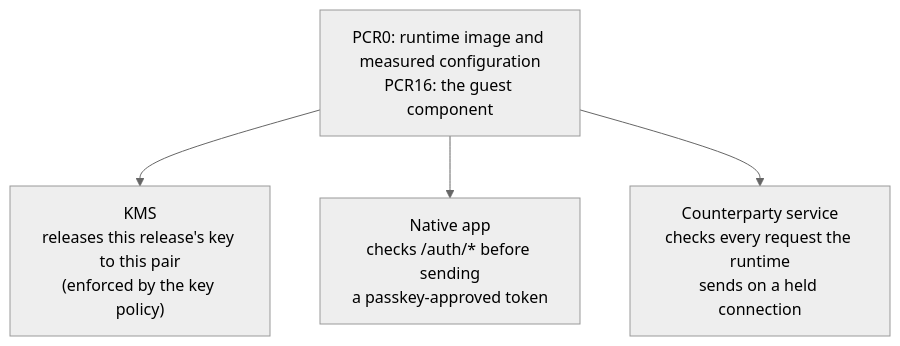
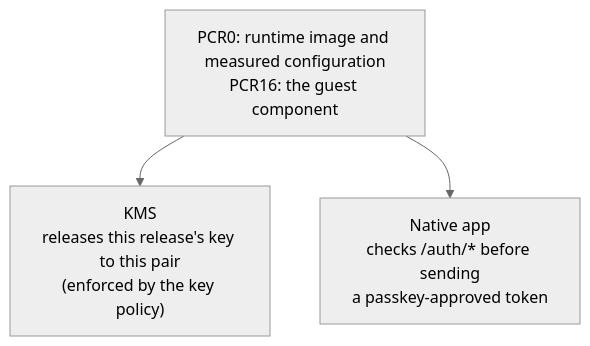
The first of 3 diagrams in README.md (vtxos/runtime), drawn with Mermaid (neutral theme) before and after one commit. The commit also changed other lines of this file and 257 other files, not shown here.

````diff
--- a/README.md
+++ b/README.md
@@ -86,7 +87,6 @@
 ```mermaid
 flowchart TB
     M["PCR0: runtime image and measured configuration<br/>PCR16: the guest component"]
     M --> K["KMS<br/>releases this release's key to this pair<br/>(enforced by the key policy)"]
     M --> C["Native app<br/>checks /auth/* before sending<br/>a passkey-approved token"]
-    M --> S["Counterparty service<br/>checks every request the runtime<br/>sends on a held connection"]
 ```
````
